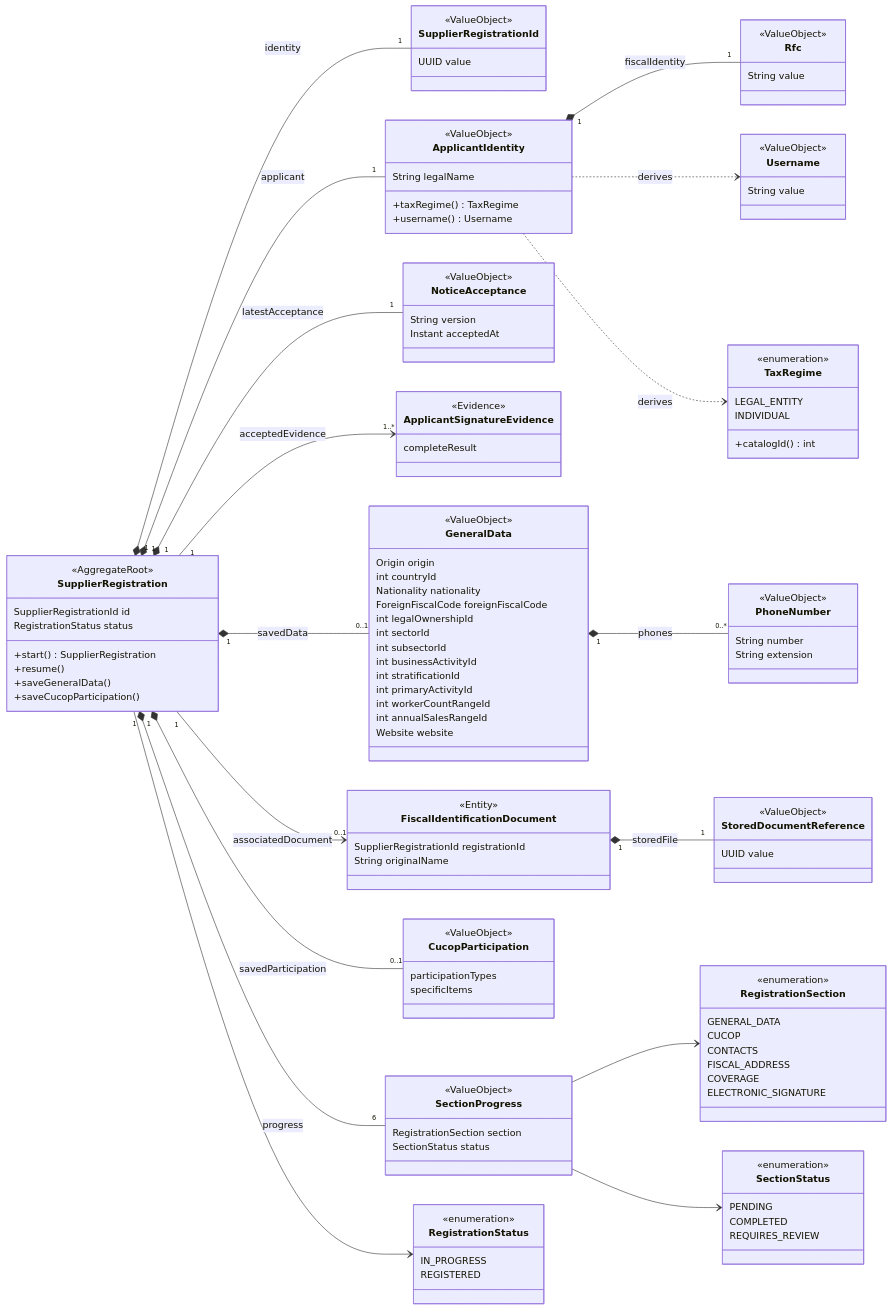
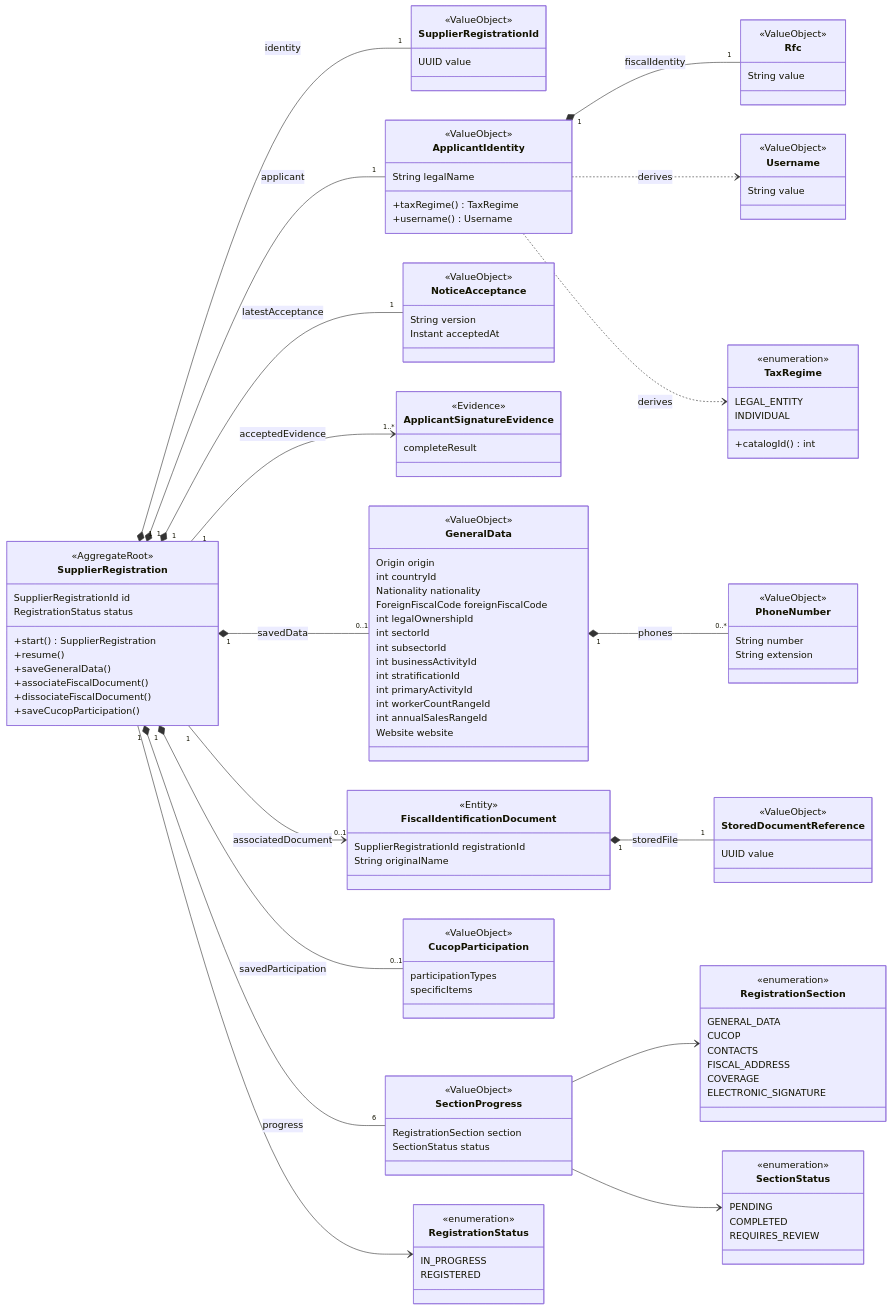
One commit to fredkor/ai-ssd-registro-proveedores changed the first of 2 diagrams in specs/architecture/domain-model.md. Above: the diagram before and after it, drawn with Mermaid. The commit also changed other lines of this file and 1 other file, not shown here.

Commit message:
design: Operaciones de asociación y desasociación de la cédula en el modelo de dominio (E2).
domain-model.md §7 y el diagrama de clases §2.1 incluyen
associateFiscalDocument y dissociateFiscalDocument, ya implementadas y
probadas (US10 CA-001, CA-004, CA-007) y descritas en §4 y en el ciclo de
vida. Sin cambios de contrato ni de código.

```diff
--- a/specs/architecture/domain-model.md
+++ b/specs/architecture/domain-model.md
@@ -42,6 +42,8 @@
         +start() SupplierRegistration
         +resume()
         +saveGeneralData()
+        +associateFiscalDocument()
+        +dissociateFiscalDocument()
         +saveCucopParticipation()
     }
     class SupplierRegistrationId {
```
